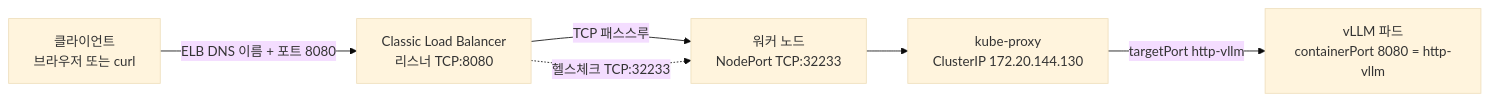
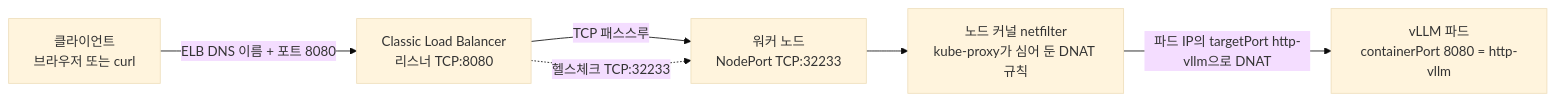
Before and after one commit to sirzzang/sirzzang.github.io: the diagram in _posts/2026-09-11-Kubernetes-LLM-Serving-Optimization-08-03-02-Service-LoadBalancer.md, drawn with Mermaid (base theme). The commit also changed other lines of this file and 8 other files, not shown here.

````diff
--- a/_posts/2026-09-11-Kubernetes-LLM-Serving-Optimization-08-03-02-Service-LoadBalancer.md
+++ b/_posts/2026-09-11-Kubernetes-LLM-Serving-Optimization-08-03-02-Service-LoadBalancer.md
@@ -150,14 +150,14 @@
 ```mermaid
 flowchart LR
     C["클라이언트<br/>브라우저 또는 curl"]
     ELB["Classic Load Balancer<br/>리스너 TCP:8080"]
     N["워커 노드<br/>NodePort TCP:32233"]
-    KP["kube-proxy<br/>ClusterIP 172.20.144.130"]
+    NF["노드 커널 netfilter<br/>kube-proxy가 심어 둔 DNAT 규칙"]
     P["vLLM 파드<br/>containerPort 8080 = http-vllm"]
 
     C -->|"ELB DNS 이름 + 포트 8080"| ELB
     ELB -->|"TCP 패스스루"| N
-    N --> KP
-    KP -->|"targetPort http-vllm"| P
+    N --> NF
+    NF -->|"파드 IP의 targetPort http-vllm으로 DNAT"| P
     ELB -.->|"헬스체크 TCP:32233"| N
 ```
````
